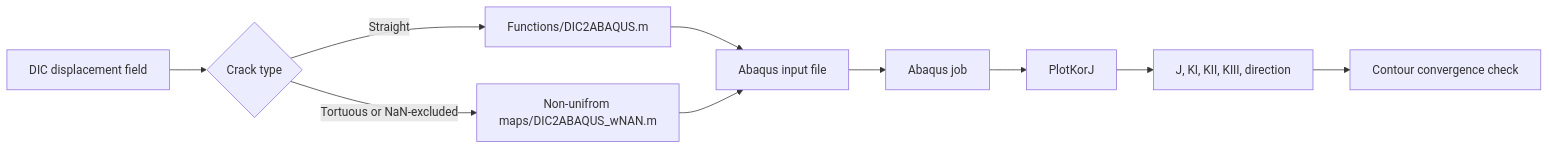
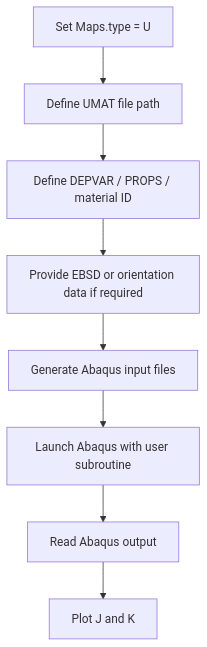
The second of 3 diagrams in README.md (Shi2oon/DIC2ABAQUS), drawn with Mermaid before and after one commit. The commit also changed other lines of this file, not shown here.

````diff
--- a/README.md
+++ b/README.md
@@ -533,12 +481,10 @@
 ```mermaid
-flowchart LR
-    A[DIC displacement field] --> B{Crack type}
-    B -->|Straight| C[Functions/DIC2ABAQUS.m]
-    B -->|Tortuous or NaN-excluded| D[Non-unifrom maps/DIC2ABAQUS_wNAN.m]
-    C --> E[Abaqus input file]
-    D --> E[Abaqus input file]
-    E --> F[Abaqus job]
-    F --> G[PlotKorJ]
-    G --> H[J, KI, KII, KIII, direction]
-    H --> I[Contour convergence check]
+flowchart TD
+    A[Set Maps.type = U] --> B[Define UMAT file path]
+    B --> C[Define DEPVAR / PROPS / material ID]
+    C --> D[Provide EBSD or orientation data if required]
+    D --> E[Generate Abaqus input files]
+    E --> F[Launch Abaqus with user subroutine]
+    F --> G[Read Abaqus output]
+    G --> H[Plot J and K]
 ```
````
